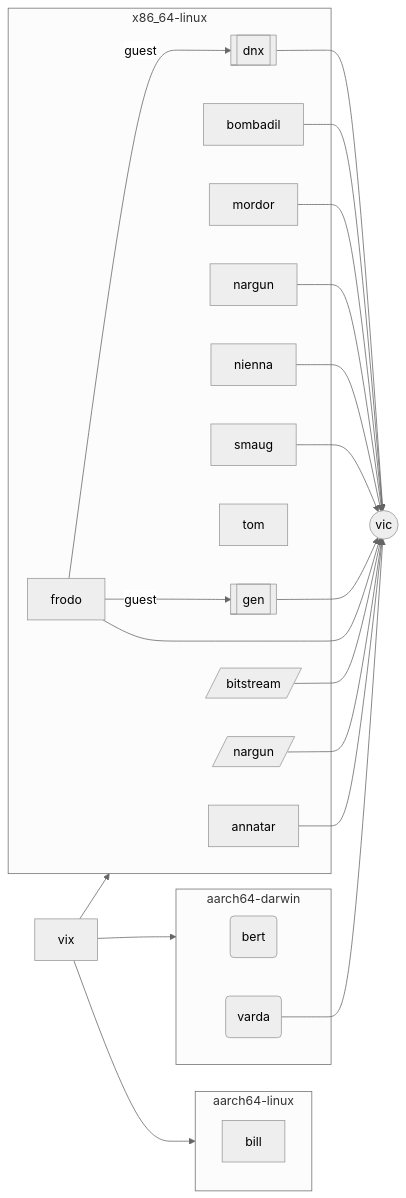
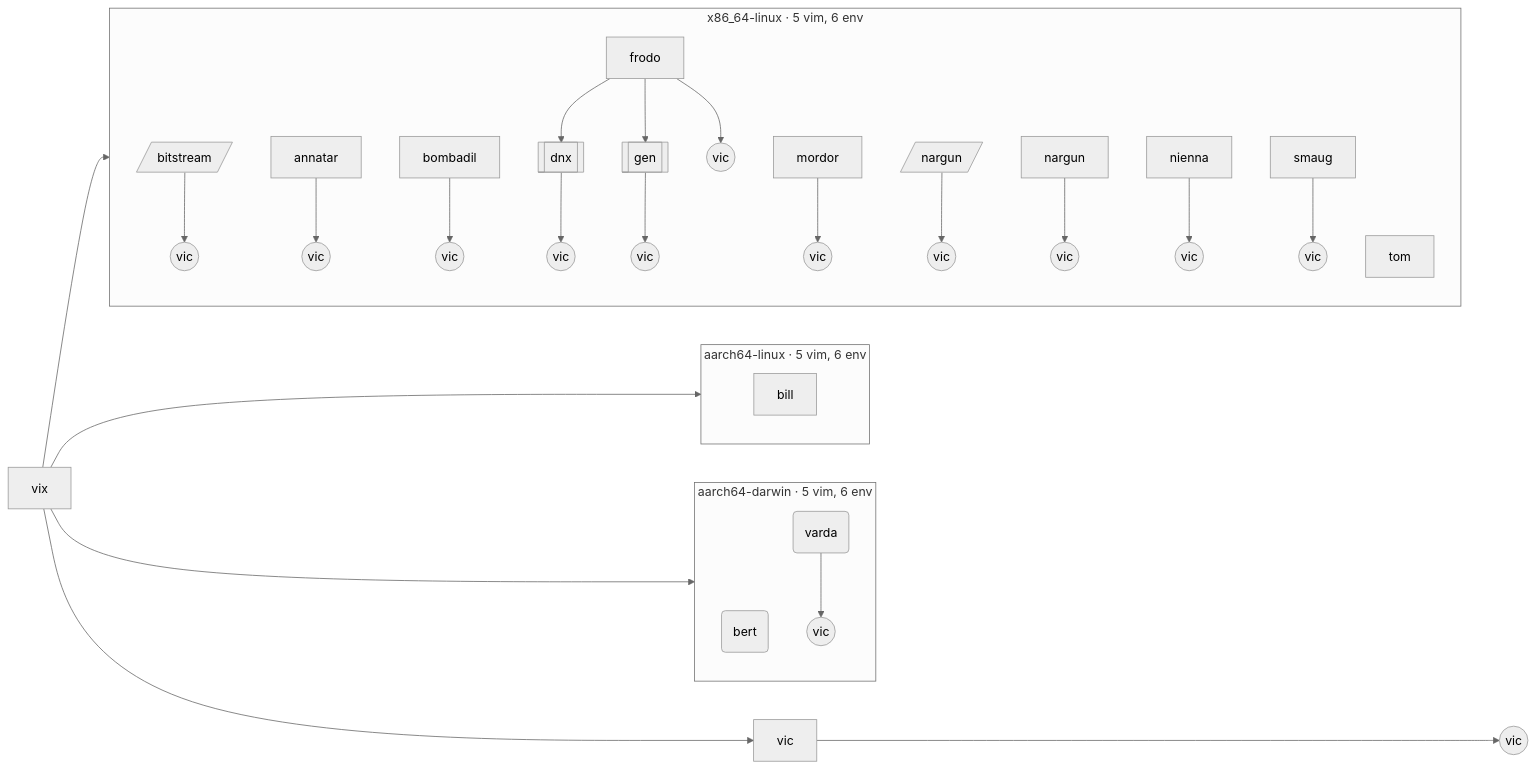
One commit to vic/vix changed the first of 11 diagrams in README.md. Above: the diagram before and after it, drawn with Mermaid (neutral theme). The commit also changed other lines of this file and 240 other files, not shown here.

````diff
--- a/README.md
+++ b/README.md
@@ -40,43 +102,58 @@
 ```mermaid
 flowchart LR
-  fleet_vix["vix"]
-  subgraph system_aarch64_darwin ["aarch64-darwin"]
-    mac_bert("bert")
-    mac_varda("varda")
+  ne36f1c84dc["vix"]
+  n6b4e7d8695["vic"]
+  nd33606c1de(("vic"))
+  subgraph n06d87e0238 ["aarch64-darwin · 5 vim, 6 env"]
+    n5d9e0bf5cd("bert")
+    n8e6e1f9b07("varda")
+    nec8f59f374(("vic"))
   end
-  subgraph system_aarch64_linux ["aarch64-linux"]
-    host_bill["bill"]
+  subgraph nf9ae36c71f ["aarch64-linux · 5 vim, 6 env"]
+    n59fccb4cd2["bill"]
   end
-  subgraph system_x86_64_linux ["x86_64-linux"]
-    host_annatar["annatar"]
-    host_bombadil["bombadil"]
-    host_frodo["frodo"]
-    host_mordor["mordor"]
-    host_nargun["nargun"]
-    host_nienna["nienna"]
-    host_smaug["smaug"]
-    host_tom["tom"]
-    guest_dnx[["dnx"]]
-    guest_gen[["gen"]]
-    home_bitstream[/"bitstream"/]
-    home_nargun[/"nargun"/]
+  subgraph n20b0641acf ["x86_64-linux · 5 vim, 6 env"]
+    n553af78083[/"bitstream"/]
+    nda273604d9(("vic"))
+    n1215b98ec2["annatar"]
+    n405257fc13(("vic"))
+    nc9f630977d["bombadil"]
+    n837b46d83d(("vic"))
+    ne8d834b0f9["frodo"]
+    nfcf2d059ce[["dnx"]]
+    n0e86b0ab44(("vic"))
+    nafd4034eeb[["gen"]]
+    n81f1fb0a63(("vic"))
+    n7a151fee62(("vic"))
+    n1bcd475538["mordor"]
+    nbf37496081(("vic"))
+    n1a4e8f29c9["nargun"]
+    n51cd4b7649[/"nargun"/]
+    nbc1297a7db(("vic"))
+    n1e367d0fe0(("vic"))
+    n0a070eccb1["nienna"]
+    nad3e720351(("vic"))
+    n82fefbe606["smaug"]
+    n6cdabf95ce(("vic"))
+    n42c29cbace["tom"]
   end
-  user_vic(("vic"))
-  fleet_vix --> system_aarch64_darwin
-  fleet_vix --> system_aarch64_linux
-  fleet_vix --> system_x86_64_linux
-  host_frodo -->|"guest"| guest_dnx
-  host_frodo -->|"guest"| guest_gen
-  host_annatar --> user_vic
-  host_bombadil --> user_vic
-  host_frodo --> user_vic
-  host_mordor --> user_vic
-  host_nargun --> user_vic
-  host_nienna --> user_vic
-  host_smaug --> user_vic
-  mac_varda --> user_vic
-  guest_dnx --> user_vic
-  guest_gen --> user_vic
-  home_bitstream --> user_vic
-  home_nargun --> user_vic
+  ne36f1c84dc --> n6b4e7d8695
+  n6b4e7d8695 --> nd33606c1de
+  n553af78083 --> nda273604d9
+  n1215b98ec2 --> n405257fc13
+  nc9f630977d --> n837b46d83d
+  ne8d834b0f9 --> nfcf2d059ce
+  nfcf2d059ce --> n0e86b0ab44
+  ne8d834b0f9 --> nafd4034eeb
+  nafd4034eeb --> n81f1fb0a63
+  ne8d834b0f9 --> n7a151fee62
+  n1bcd475538 --> nbf37496081
+  n51cd4b7649 --> nbc1297a7db
+  n1a4e8f29c9 --> n1e367d0fe0
+  n0a070eccb1 --> nad3e720351
+  n82fefbe606 --> n6cdabf95ce
+  n8e6e1f9b07 --> nec8f59f374
+  ne36f1c84dc --> n06d87e0238
+  ne36f1c84dc --> nf9ae36c71f
+  ne36f1c84dc --> n20b0641acf
 ```
````
